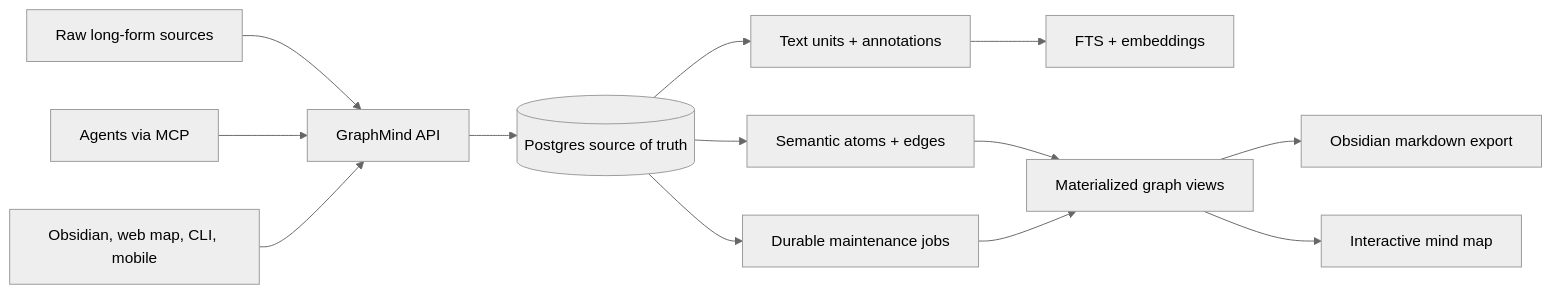
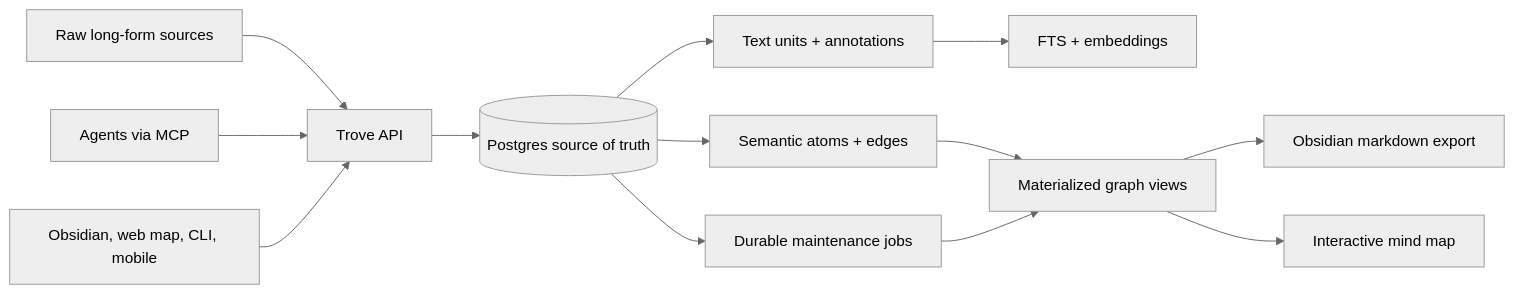
The first of 3 diagrams in docs/architecture.md (anunay999/trove), drawn with Mermaid (neutral theme) before and after one commit. The commit also changed other lines of this file and 46 other files, not shown here.

First line of the commit message:
Rename: GraphMind is now Trove

````diff
--- a/docs/architecture.md
+++ b/docs/architecture.md
@@ -19,15 +19,15 @@
 ```mermaid
 flowchart LR
-  Sources["Raw long-form sources"] --> API["GraphMind API"]
+  Sources["Raw long-form sources"] --> API["Trove API"]
   Agents["Agents via MCP"] --> API
   Apps["Obsidian, web map, CLI, mobile"] --> API
   API --> DB[("Postgres source of truth")]
   DB --> Units["Text units + annotations"]
   DB --> Graph["Semantic atoms + edges"]
   DB --> Jobs["Durable maintenance jobs"]
   Units --> Search["FTS + embeddings"]
   Graph --> Views["Materialized graph views"]
   Jobs --> Views
   Views --> Markdown["Obsidian markdown export"]
   Views --> MindMap["Interactive mind map"]
 ```
````
